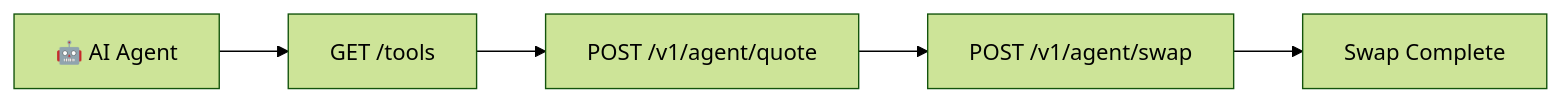
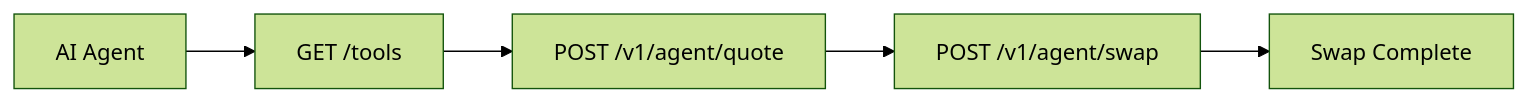
Before and after one commit to 0xSoftBoi/suwappubot: the seventh of 7 diagrams in README.md, drawn with Mermaid (forest theme). The commit also changed other lines of this file, not shown here.

Commit message:
docs: update README with Phase 1-4 features, 15 chains, and expanded architecture

````diff
--- a/README.md
+++ b/README.md
@@ -381,7 +469,7 @@
 ```mermaid
 flowchart LR
-    Agent["🤖 AI Agent"] --> Discover["GET /tools"]
+    Agent["AI Agent"] --> Discover["GET /tools"]
     Discover --> Quote["POST /v1/agent/quote"]
     Quote --> Execute["POST /v1/agent/swap"]
     Execute --> Result["Swap Complete"]
 ```
````
